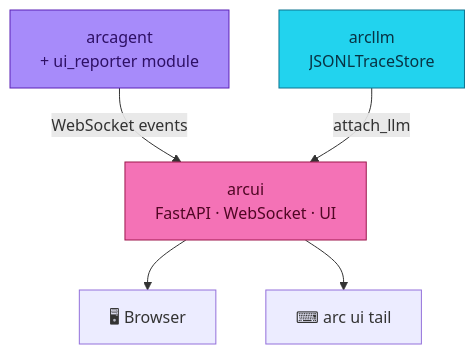
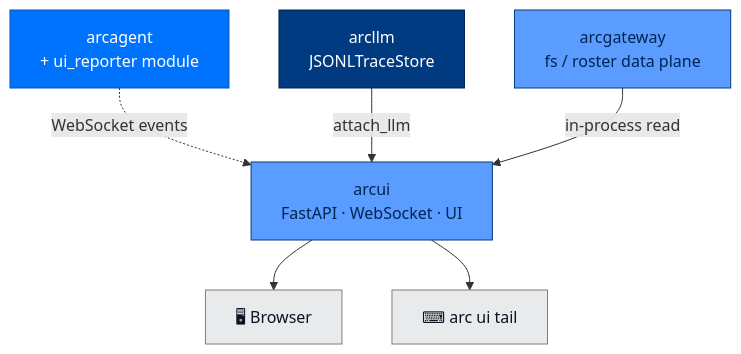
Before and after one commit to joshuamschultz/Arc: the diagram in packages/arcui/README.md, drawn with Mermaid. The commit also changed other lines of this file and 16 other files, not shown here.

````diff
--- a/packages/arcui/README.md
+++ b/packages/arcui/README.md
@@ -29,11 +29,13 @@
 ```mermaid
 flowchart TB
-    classDef ui fill:#F472B6,stroke:#9D174D,color:#500724
-    classDef ag fill:#A78BFA,stroke:#5B21B6,color:#2E1065
-    classDef llm fill:#22D3EE,stroke:#0E7490,color:#083344
+    classDef surface fill:#5A9CFF,stroke:#003B82,color:#002550
+    classDef agent fill:#0073FE,stroke:#0055BC,color:#FFFFFF
+    classDef llm fill:#003B82,stroke:#002550,color:#FFFFFF
+    classDef other fill:#E9EAEB,stroke:#7F7F7F,color:#0B1220
 
-    arcagent[arcagent<br/>+ ui_reporter module]:::ag -->|WebSocket events| arcui
+    arcagent[arcagent<br/>+ ui_reporter module]:::agent -.->|WebSocket events| arcui
     arcllm[arcllm<br/>JSONLTraceStore]:::llm -->|attach_llm| arcui
-    arcui[arcui<br/>FastAPI · WebSocket · UI]:::ui --> Browser[🖥 Browser]
-    arcui --> Terminal[⌨ arc ui tail]
+    arcgateway[arcgateway<br/>fs / roster data plane]:::surface -->|in-process read| arcui
+    arcui[arcui<br/>FastAPI · WebSocket · UI]:::surface --> Browser[🖥 Browser]:::other
+    arcui --> Terminal[⌨ arc ui tail]:::other
 ```
````
